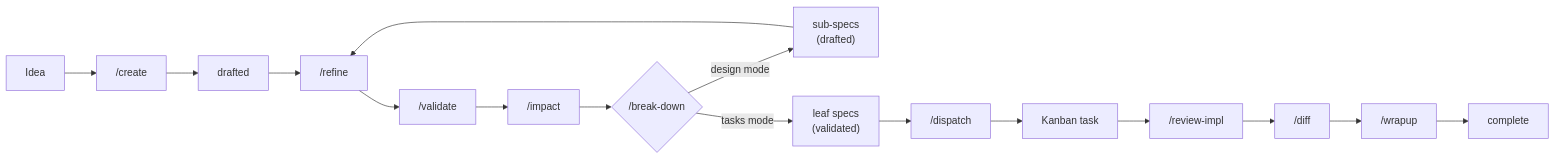
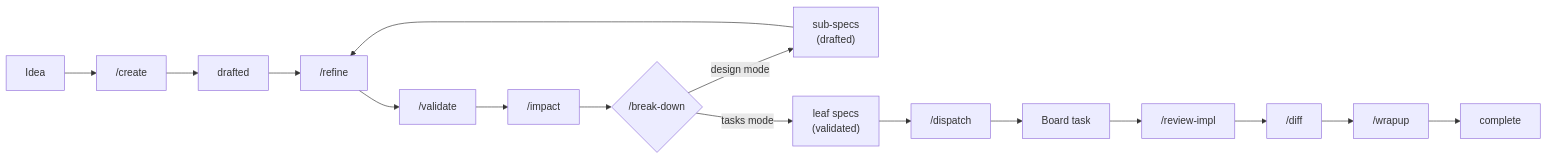
Before and after one commit to changkun/wallfacer: the second of 3 diagrams in docs/guide/designing-specs.md, drawn with Mermaid. The commit also changed other lines of this file and 51 other files, not shown here.

First line of the commit message:
all: rename kanban to board across project vocabulary

````diff
--- a/docs/guide/designing-specs.md
+++ b/docs/guide/designing-specs.md
@@ -64,18 +64,18 @@
 ```mermaid
 flowchart LR
   idea["Idea"] --> create["/create"]
   create --> drafted["drafted"]
   drafted --> refine["/refine"]
   refine --> validate["/validate"]
   validate --> impact["/impact"]
   impact --> breakdown{"/break-down"}
   breakdown -->|design mode| sub["sub-specs<br/>(drafted)"]
   breakdown -->|tasks mode| leaves["leaf specs<br/>(validated)"]
   sub --> refine
   leaves --> dispatch["/dispatch"]
-  dispatch --> board["Kanban task"]
+  dispatch --> board["Board task"]
   board --> reviewimpl["/review-impl"]
   reviewimpl --> diff["/diff"]
   diff --> wrapup["/wrapup"]
   wrapup --> complete["complete"]
 ```
````
